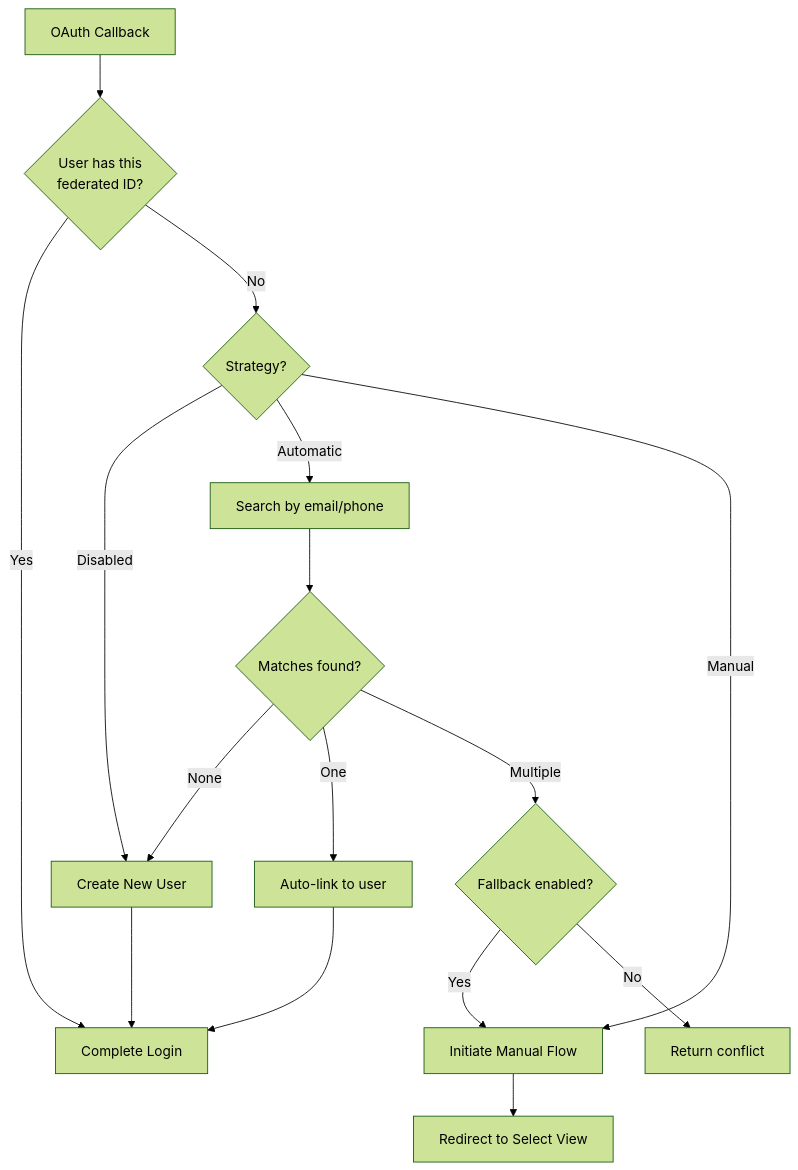
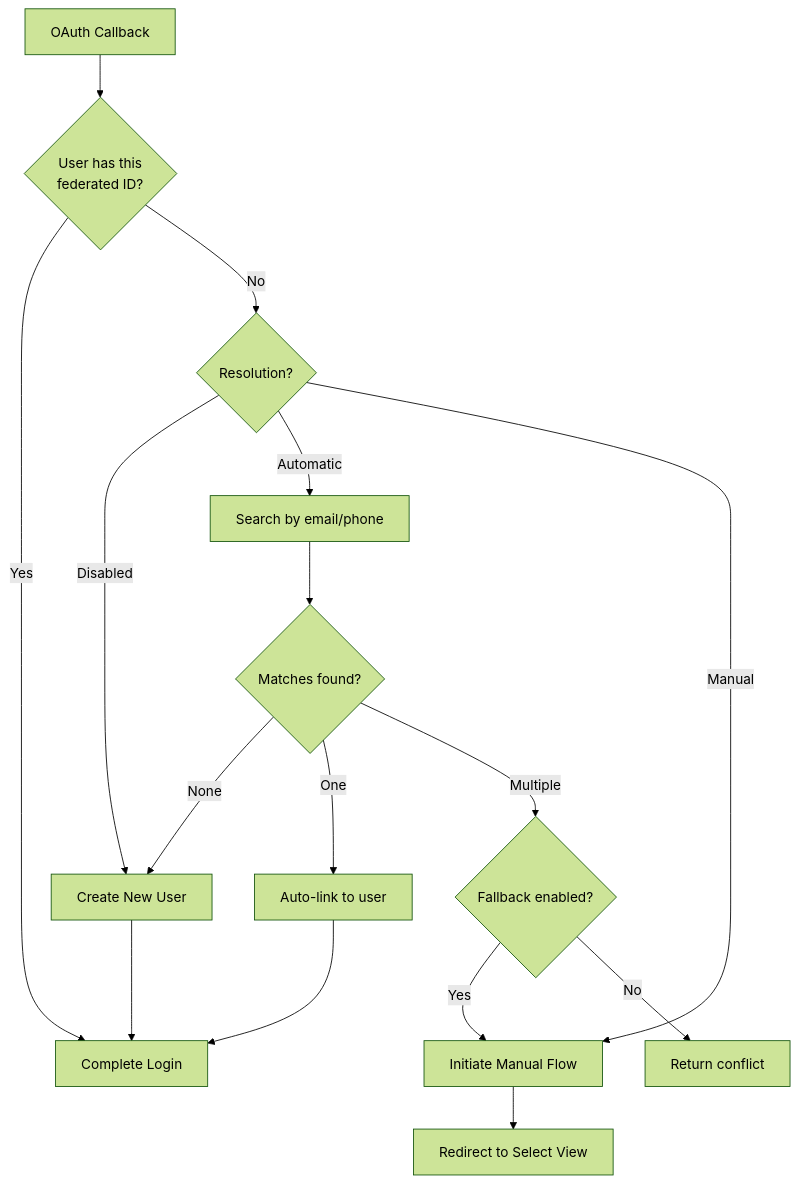
Before and after one commit to kylebrowning/passage: the first of 2 diagrams in Sources/Passage/Features/Linking/README.md, drawn with Mermaid (forest theme). The commit also changed other lines of this file and 44 other files, not shown here.

````diff
--- a/Sources/Passage/Features/Linking/README.md
+++ b/Sources/Passage/Features/Linking/README.md
@@ -110,22 +110,22 @@
 ```mermaid
 flowchart TD
     A[OAuth Callback] --> B{User has this<br/>federated ID?}
     B -->|Yes| C[Complete Login]
-    B -->|No| D{Strategy?}
+    B -->|No| D{Resolution?}
 
     D -->|Disabled| E[Create New User]
     D -->|Automatic| F[Search by email/phone]
     D -->|Manual| G[Initiate Manual Flow]
 
     F --> H{Matches found?}
     H -->|None| E
     H -->|One| I[Auto-link to user]
     H -->|Multiple| J{Fallback enabled?}
 
     J -->|Yes| G
     J -->|No| K[Return conflict]
 
     I --> C
     E --> C
     G --> L[Redirect to Select View]
 ```
````
